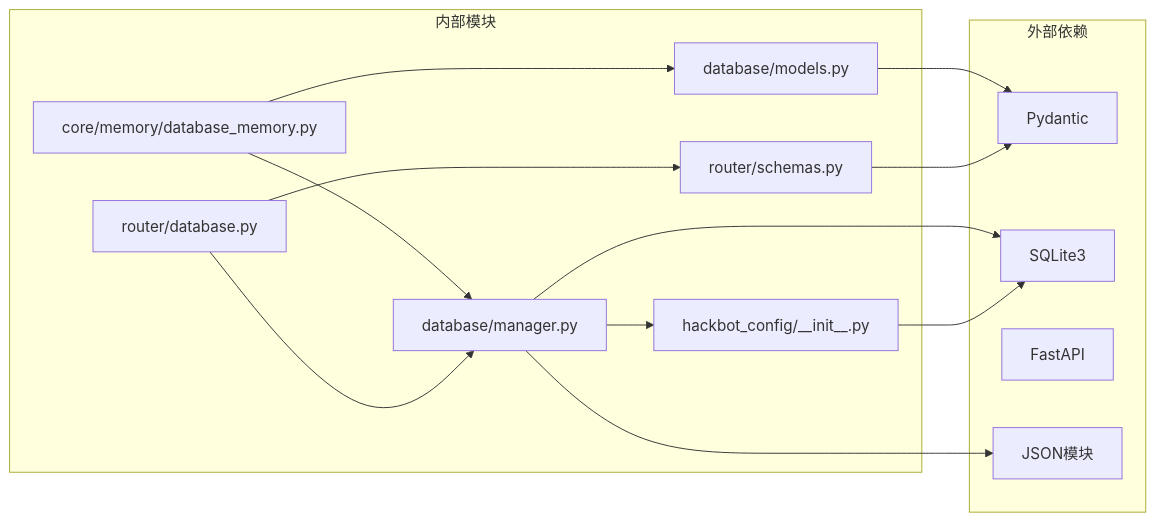
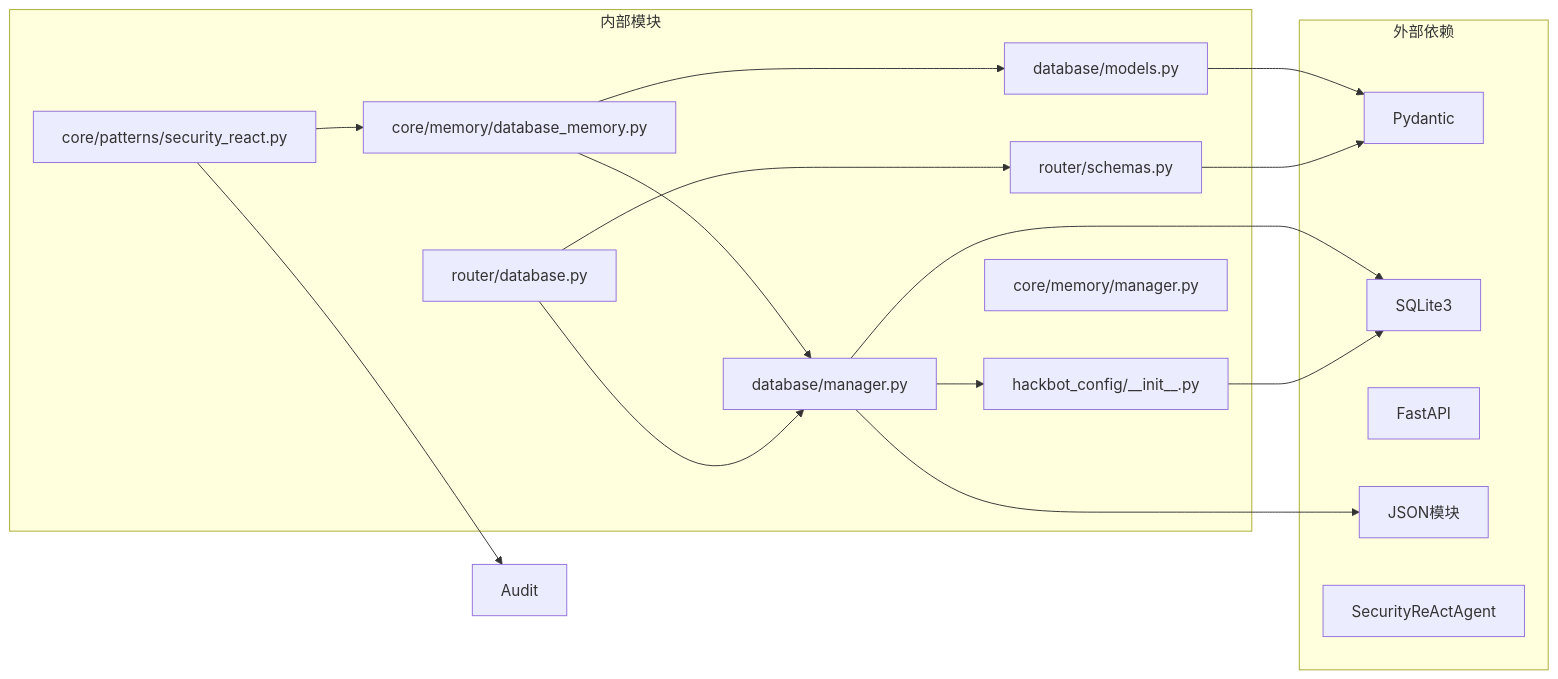
Before and after one commit to iammm0/secbot: the eighth of 9 diagrams in .qoder/repowiki/zh/content/Database Models.md, drawn with Mermaid. The commit also changed other lines of this file and 10 other files, not shown here.

````diff
--- a/.qoder/repowiki/zh/content/Database Models.md
+++ b/.qoder/repowiki/zh/content/Database Models.md
@@ -383,27 +431,32 @@
 ```mermaid
 graph LR
 subgraph "外部依赖"
 Pydantic[Pydantic]
 SQLite3[SQLite3]
 FastAPI[FastAPI]
 JSON[JSON模块]
+SecurityReAct[SecurityReActAgent]
 end
 subgraph "内部模块"
 Models[database/models.py]
 Manager[database/manager.py]
 Memory[core/memory/database_memory.py]
 Schemas[router/schemas.py]
 Config[hackbot_config/__init__.py]
 Routes[router/database.py]
+SecurityReact[core/patterns/security_react.py]
+EndMemory[core/memory/manager.py]
 end
 Models --> Pydantic
 Manager --> SQLite3
 Manager --> JSON
 Memory --> Models
 Memory --> Manager
+SecurityReact --> Memory
+SecurityReact --> Audit
 Schemas --> Pydantic
 Config --> SQLite3
 Routes --> Schemas
 Routes --> Manager
 Manager --> Config
 ```
````
